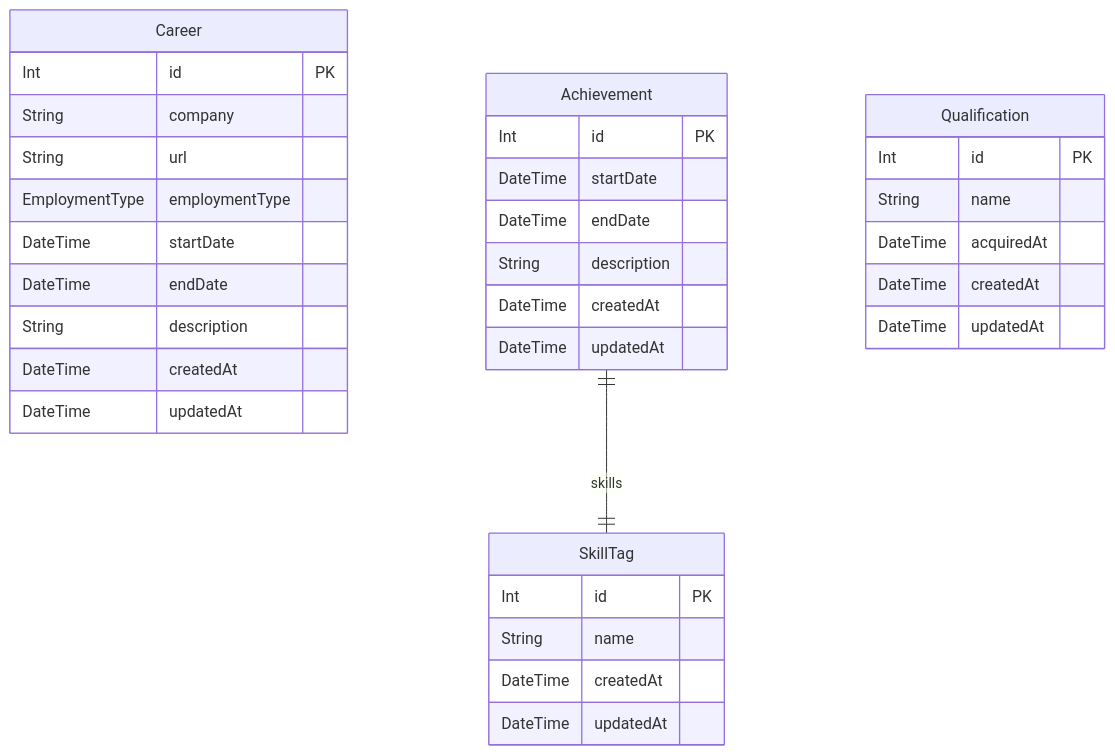
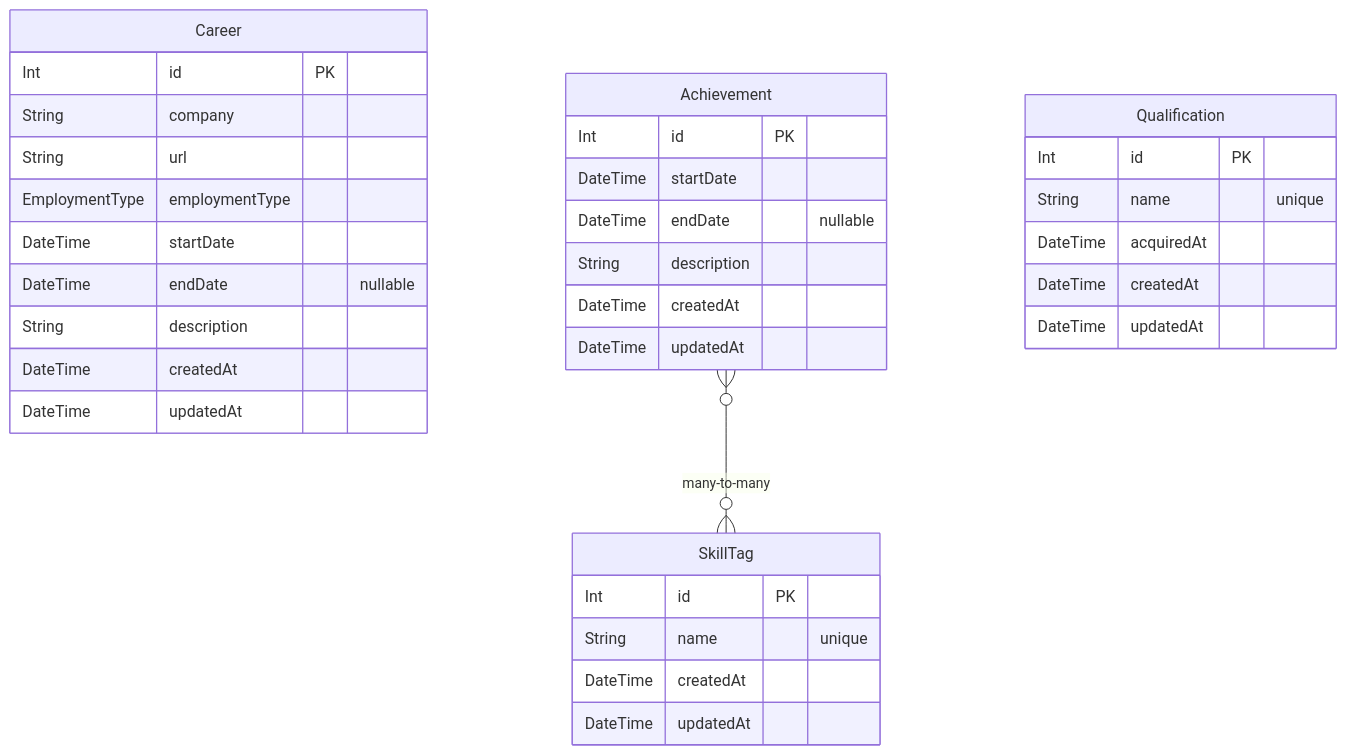
The diagram in docs/0_design/3_dd.md (zucky2021/next-my-profile), drawn with Mermaid before and after one commit.

Commit message:
9 Modify relation

````diff
--- a/docs/0_design/3_dd.md
+++ b/docs/0_design/3_dd.md
@@ -31,37 +31,36 @@
 ```mermaid
 erDiagram
   Career {
     Int id PK
     String company
     String url
     EmploymentType employmentType
     DateTime startDate
-    DateTime endDate
+    DateTime endDate "nullable"
     String description
     DateTime createdAt
     DateTime updatedAt
   }
   Achievement {
     Int id PK
     DateTime startDate
-    DateTime endDate
+    DateTime endDate "nullable"
     String description
     DateTime createdAt
     DateTime updatedAt
   }
   SkillTag {
     Int id PK
-    String name
+    String name "unique"
     DateTime createdAt
     DateTime updatedAt
   }
+  Achievement }o--o{ SkillTag : "many-to-many"
   Qualification {
     Int id PK
-    String name
+    String name "unique"
     DateTime acquiredAt
     DateTime createdAt
     DateTime updatedAt
   }
-
-  Achievement ||--|| SkillTag : "skills"
 ```
````
